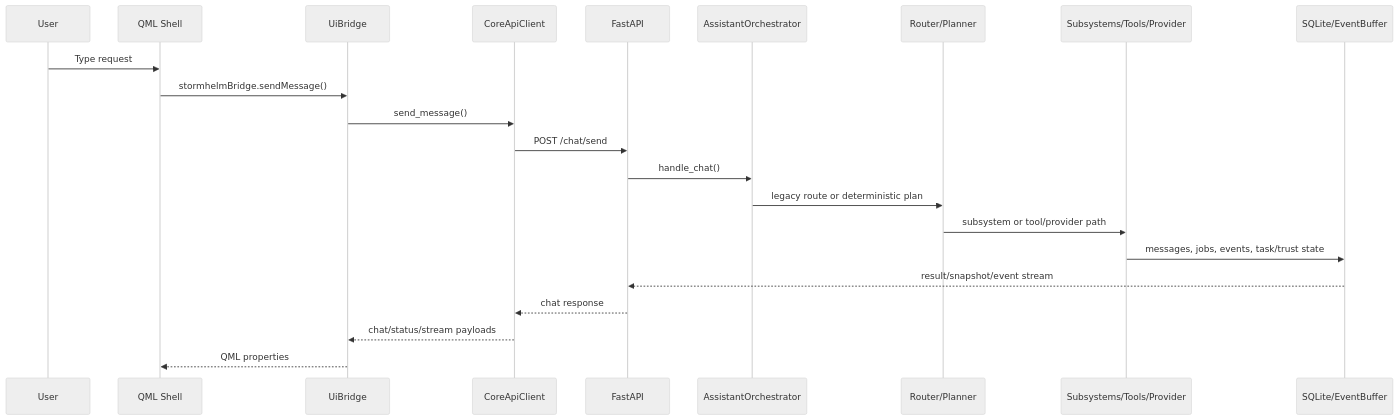
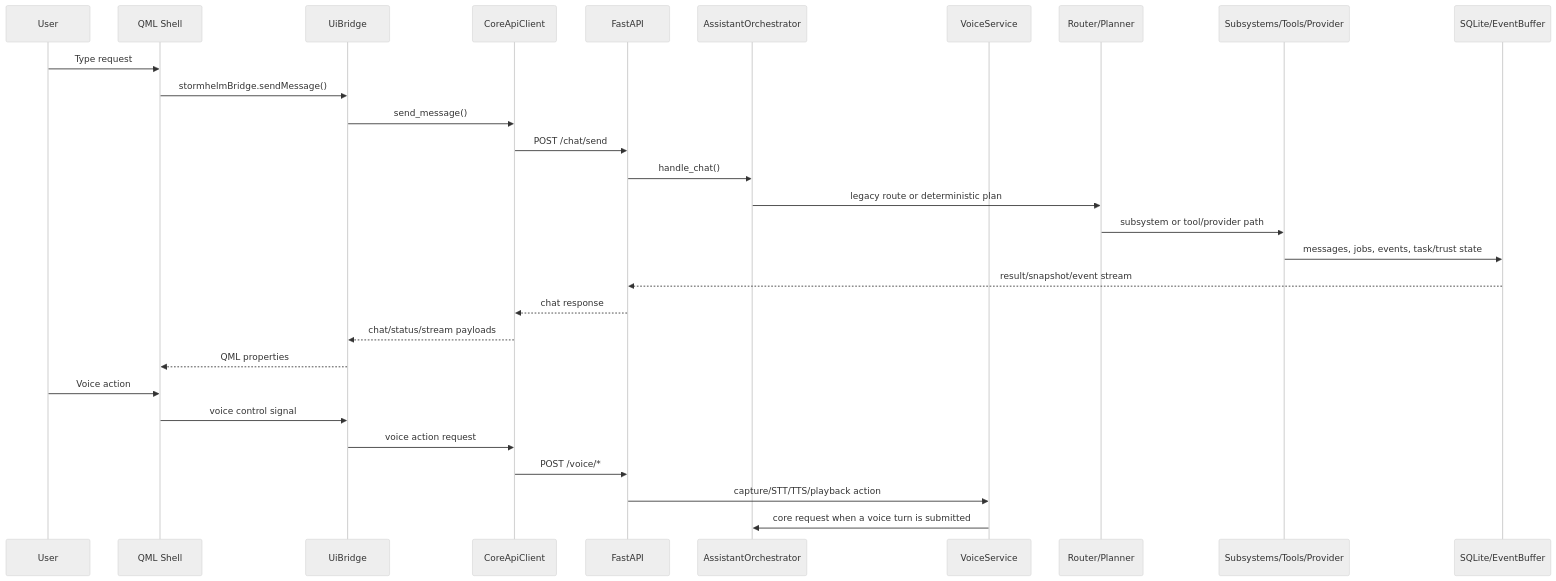
The first of 2 diagrams in docs/architecture.md (Kgray44/Stormhelm), drawn with Mermaid (neutral theme) before and after one commit. The commit also changed other lines of this file and 90 other files, not shown here.

````diff
--- a/docs/architecture.md
+++ b/docs/architecture.md
@@ -35,25 +36,32 @@
 ```mermaid
 sequenceDiagram
     participant User
     participant QML as QML Shell
     participant Bridge as UiBridge
     participant Client as CoreApiClient
     participant API as FastAPI
     participant Assistant as AssistantOrchestrator
+    participant Voice as VoiceService
     participant Planner as Router/Planner
     participant Runtime as Subsystems/Tools/Provider
     participant Store as SQLite/EventBuffer
 
     User->>QML: Type request
     QML->>Bridge: stormhelmBridge.sendMessage()
     Bridge->>Client: send_message()
     Client->>API: POST /chat/send
     API->>Assistant: handle_chat()
     Assistant->>Planner: legacy route or deterministic plan
     Planner->>Runtime: subsystem or tool/provider path
     Runtime->>Store: messages, jobs, events, task/trust state
     Store-->>API: result/snapshot/event stream
     API-->>Client: chat response
     Client-->>Bridge: chat/status/stream payloads
     Bridge-->>QML: QML properties
+    User->>QML: Voice action
+    QML->>Bridge: voice control signal
+    Bridge->>Client: voice action request
+    Client->>API: POST /voice/*
+    API->>Voice: capture/STT/TTS/playback action
+    Voice->>Assistant: core request when a voice turn is submitted
 ```
````
